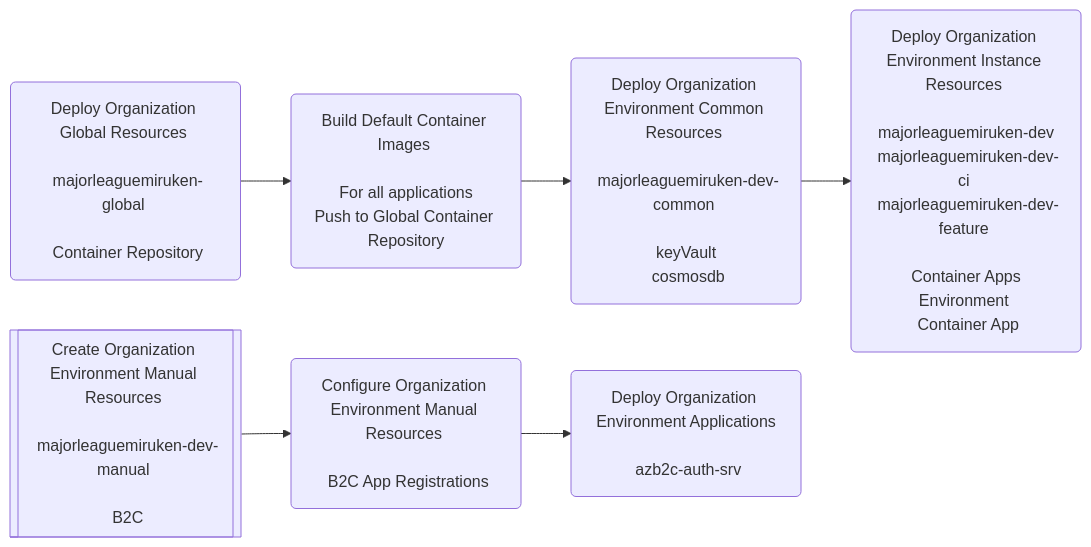
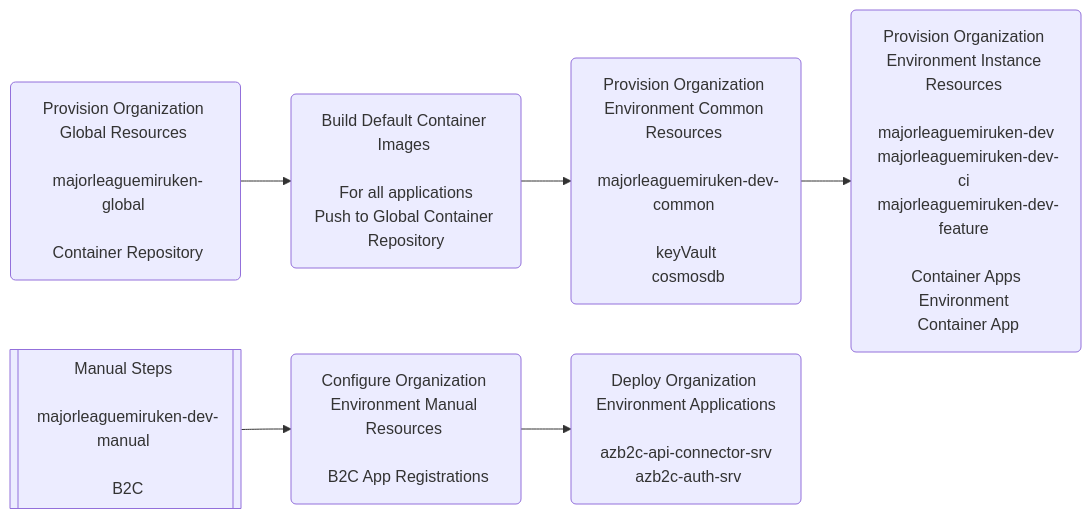
One commit to Miruken-Go/demo.microservice changed the first of 8 diagrams in deployment/design/SystemResourcesDeploymentFlow.md. Above: the diagram before and after it, drawn with Mermaid. The commit also changed other lines of this file and 13 other files, not shown here.

````diff
--- a/deployment/design/SystemResourcesDeploymentFlow.md
+++ b/deployment/design/SystemResourcesDeploymentFlow.md
@@ -9,20 +9,20 @@
 ```mermaid
 
 flowchart LR
-    A(Deploy Organization Global Resources </br></br> majorleaguemiruken-global </br></br> Container Repository)
+    A(Provision Organization Global Resources </br></br> majorleaguemiruken-global </br></br> Container Repository)
     
     B(Build Default Container Images </br></br> For all applications </br>Push to Global Container Repository)
 
-    C(Deploy Organization Environment Common Resources </br></br> majorleaguemiruken-dev-common </br></br> keyVault </br> cosmosdb)
+    C(Provision Organization Environment Common Resources </br></br> majorleaguemiruken-dev-common </br></br> keyVault </br> cosmosdb)
 
-    D(Deploy Organization Environment Instance Resources </br></br> majorleaguemiruken-dev </br> majorleaguemiruken-dev-ci </br> majorleaguemiruken-dev-feature </br></br> Container Apps Environment </br> Container App )
+    D(Provision Organization Environment Instance Resources </br></br> majorleaguemiruken-dev </br> majorleaguemiruken-dev-ci </br> majorleaguemiruken-dev-feature </br></br> Container Apps Environment </br> Container App )
 
-    E[[Create Organization Environment Manual Resources </br></br> majorleaguemiruken-dev-manual </br></br> B2C]]
+    E[[Manual Steps </br></br> majorleaguemiruken-dev-manual </br></br> B2C]]
 
     F(Configure Organization Environment Manual Resources </br></br> B2C App Registrations)
 
-    G(Deploy Organization Environment Applications</br></br> azb2c-auth-srv)
+    G(Deploy Organization Environment Applications</br></br> azb2c-api-connector-srv </br> azb2c-auth-srv)
 
     A --> B --> C --> D
     E --> F --> G
 ```
````
